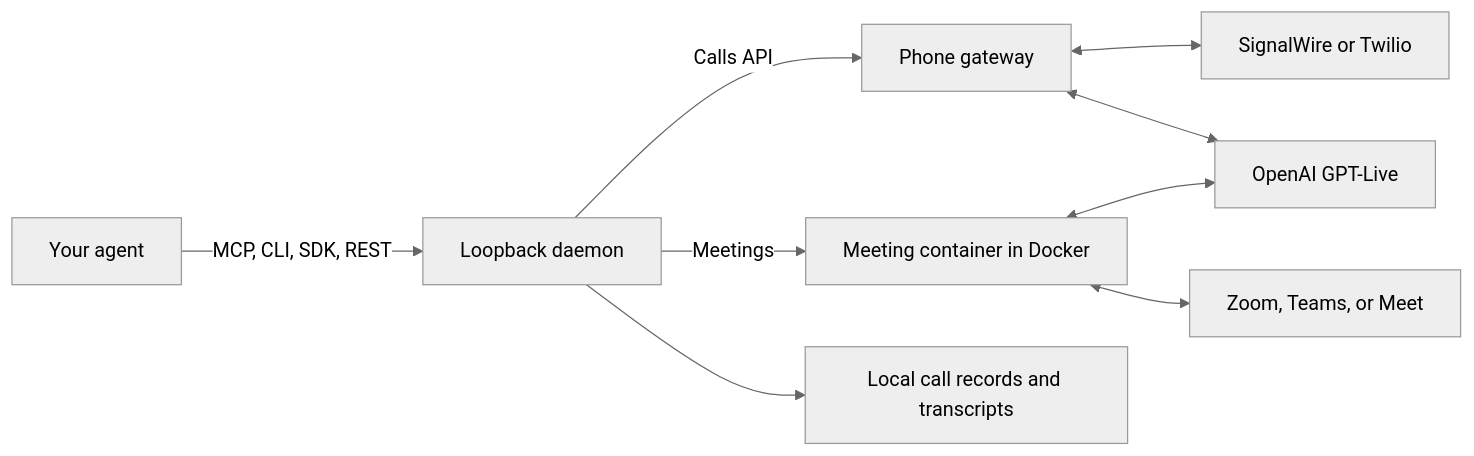
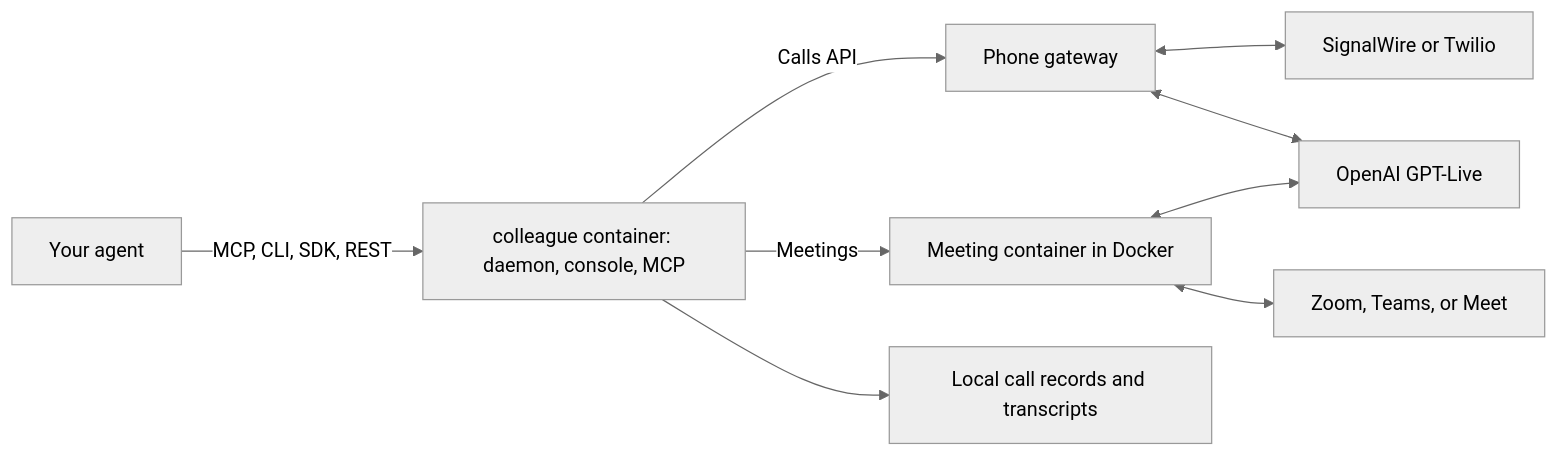
The diagram in README.md (kaelorlabs/smitline), drawn with Mermaid (neutral theme) before and after one commit. The commit also changed other lines of this file and 36 other files, not shown here.

First line of the commit message:
One service: Colleague AI as a Docker image, with MCP over HTTP

````diff
--- a/README.md
+++ b/README.md
@@ -42,11 +42,11 @@
 ```mermaid
 flowchart LR
-    Agent[Your agent] -->|MCP, CLI, SDK, REST| Daemon[Loopback daemon]
+    Agent[Your agent] -->|MCP, CLI, SDK, REST| Daemon[colleague container: daemon, console, MCP]
     Daemon -->|Calls API| Phone[Phone gateway]
     Phone <--> Provider[SignalWire or Twilio]
     Daemon -->|Meetings| Bot[Meeting container in Docker]
     Bot <--> Meet[Zoom, Teams, or Meet]
     Phone <--> Voice[OpenAI GPT-Live]
     Bot <--> Voice
     Daemon --> Records[Local call records and transcripts]
 ```
````
